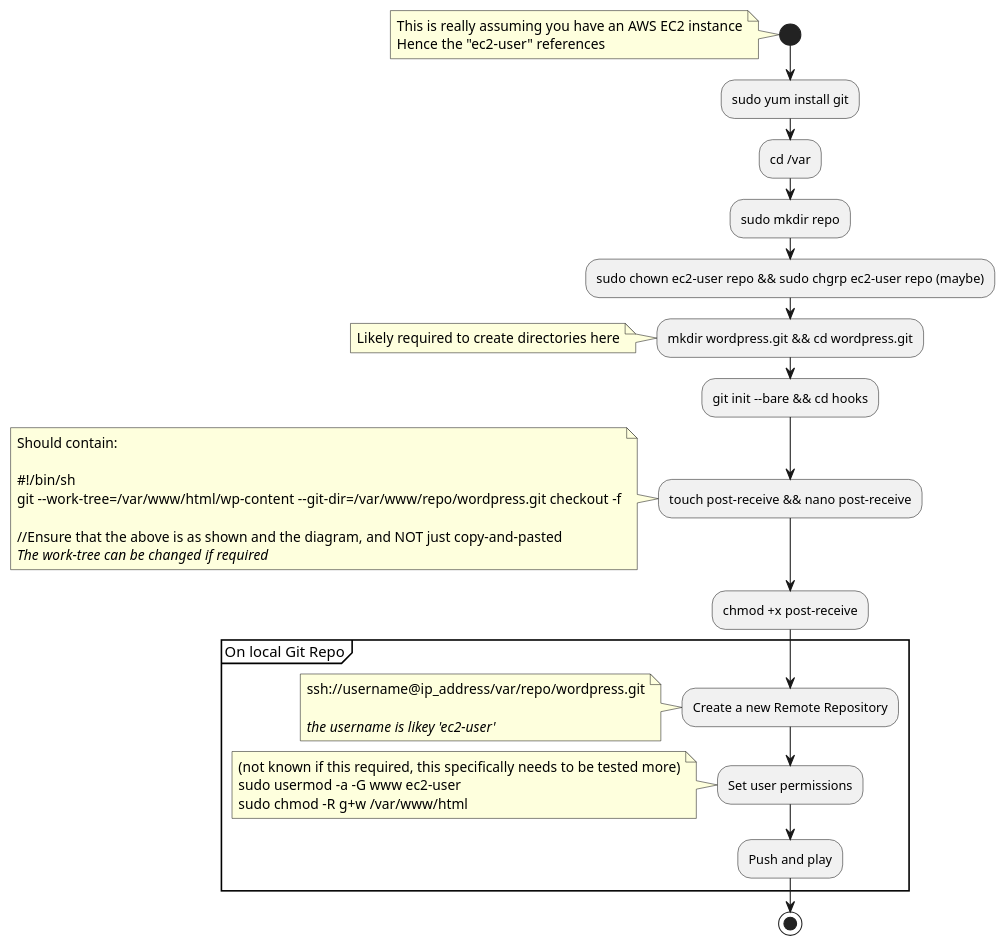
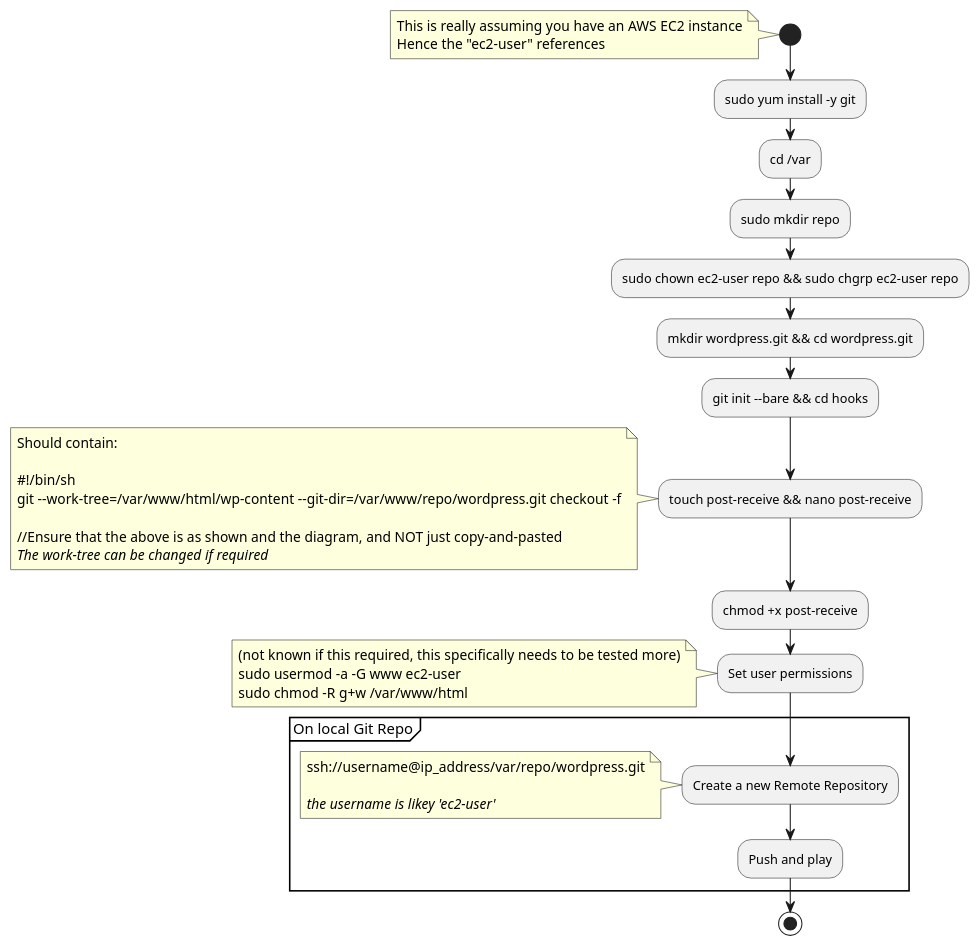
One commit to absolve-dev/project-absol changed the diagram in dev-ops/Creating a Remote Git Repo.plantuml. Above: the diagram before and after it, drawn with PlantUML. The commit also changed 2 other files, not shown here.

```diff
--- a/dev-ops/Creating a Remote Git Repo.plantuml
+++ b/dev-ops/Creating a Remote Git Repo.plantuml
@@ -1,44 +1,41 @@
 @startuml
 start
   note
     This is really assuming you have an AWS EC2 instance
     Hence the "ec2-user" references
   end note
-:sudo yum install git;
+:sudo yum install -y git;
 :cd /var;
 :sudo mkdir repo;
-:sudo chown ec2-user repo && sudo chgrp ec2-user repo (maybe);
+:sudo chown ec2-user repo && sudo chgrp ec2-user repo;
 :mkdir wordpress.git && cd wordpress.git;
-  note
-    Likely required to create directories here
-  end note
 :git init --bare && cd hooks;
 :touch post-receive && nano post-receive;
   note
     Should contain:
 
     ~#!/bin/sh
     git ~--work-tree=/var/www/html/wp-content --git-dir=/var/www/repo/wordpress.git checkout -f
 
     //Ensure that the above is as shown and the diagram, and NOT just copy-and-pasted
     //The work-tree can be changed if required//
   end note
 :chmod +x post-receive;
+:Set user permissions;
+note
+  (not known if this required, this specifically needs to be tested more)
+  sudo usermod -a -G www ec2-user
+  sudo chmod -R g+w /var/www/html
+end note
 partition "On local Git Repo"{
   :Create a new Remote Repository;
     note
       ssh://username@ip_address/var/repo/wordpress.git
 
       //the username is likey 'ec2-user'//
     end note
-  :Set user permissions;
-    note
-      (not known if this required, this specifically needs to be tested more)
-      sudo usermod -a -G www ec2-user
-      sudo chmod -R g+w /var/www/html
-    end note
   :Push and play;
 }
 stop
 
 @enduml
```
